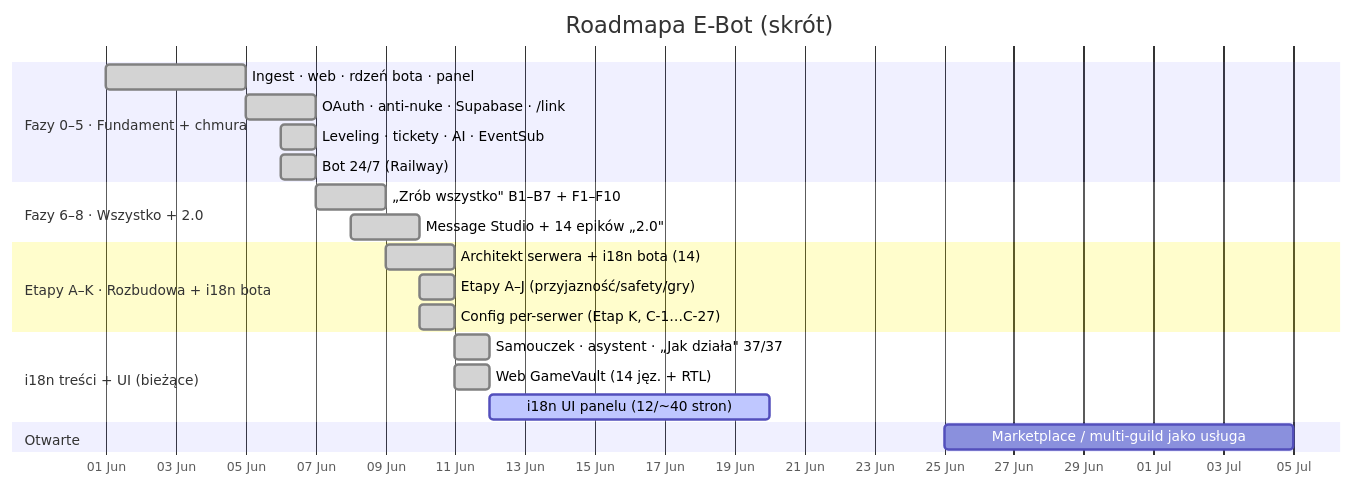
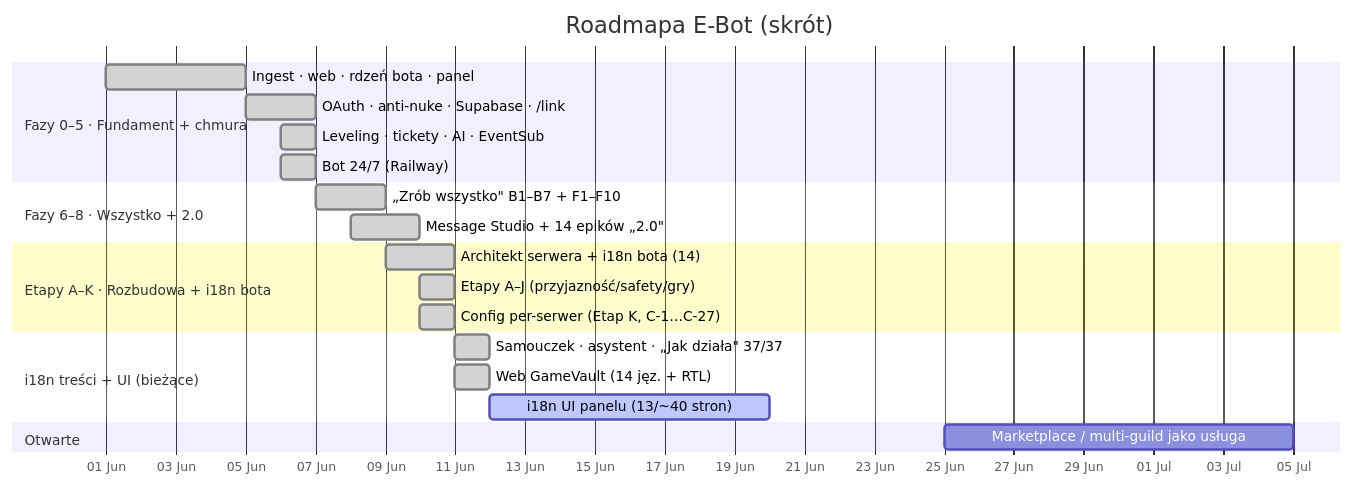
One commit to Gh0s777tt/E-Bot changed the first of 2 diagrams in docs/ROADMAP.md. Above: the diagram before and after it, drawn with Mermaid. The commit also changed other lines of this file and 7 other files, not shown here.

````diff
--- a/docs/ROADMAP.md
+++ b/docs/ROADMAP.md
@@ -23,24 +23,24 @@
 ```mermaid
 gantt
   title Roadmapa E-Bot (skrót)
   dateFormat YYYY-MM-DD
   axisFormat %d %b
   section Fazy 0–5 · Fundament + chmura
   Ingest · web · rdzeń bota · panel    :done, f0, 2026-06-01, 4d
   OAuth · anti-nuke · Supabase · /link :done, f1, 2026-06-05, 2d
   Leveling · tickety · AI · EventSub   :done, f4, 2026-06-06, 1d
   Bot 24/7 (Railway)                   :done, f5, 2026-06-06, 1d
   section Fazy 6–8 · Wszystko + 2.0
   „Zrób wszystko" B1–B7 + F1–F10       :done, f7, 2026-06-07, 2d
   Message Studio + 14 epików „2.0"     :done, f8, 2026-06-08, 2d
   section Etapy A–K · Rozbudowa + i18n bota
   Architekt serwera + i18n bota (14)   :done, ek1, 2026-06-09, 2d
   Etapy A–J (przyjazność/safety/gry)   :done, ek2, 2026-06-10, 1d
   Config per-serwer (Etap K, C-1…C-27) :done, ek3, 2026-06-10, 1d
   section i18n treści + UI (bieżące)
   Samouczek · asystent · „Jak działa" 37/37 :done, i1, 2026-06-11, 1d
   Web GameVault (14 jęz. + RTL)        :done, i2, 2026-06-11, 1d
-  i18n UI panelu (12/~40 stron)        :active, i3, 2026-06-12, 8d
+  i18n UI panelu (13/~40 stron)        :active, i3, 2026-06-12, 8d
   section Otwarte
   Marketplace / multi-guild jako usługa :        mk, 2026-06-25, 10d
 ```
````
